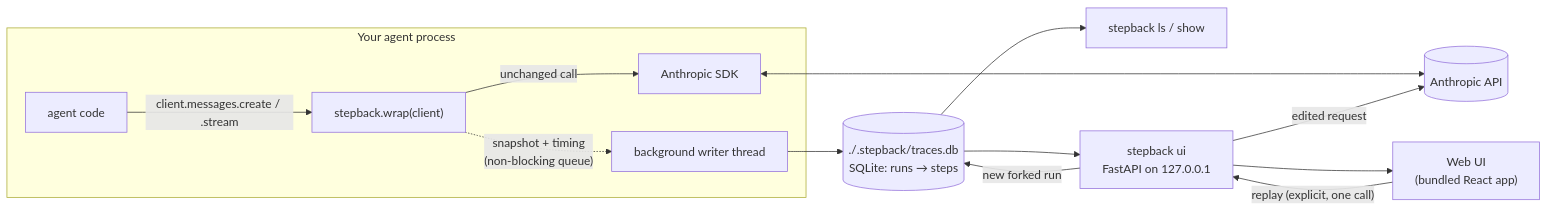
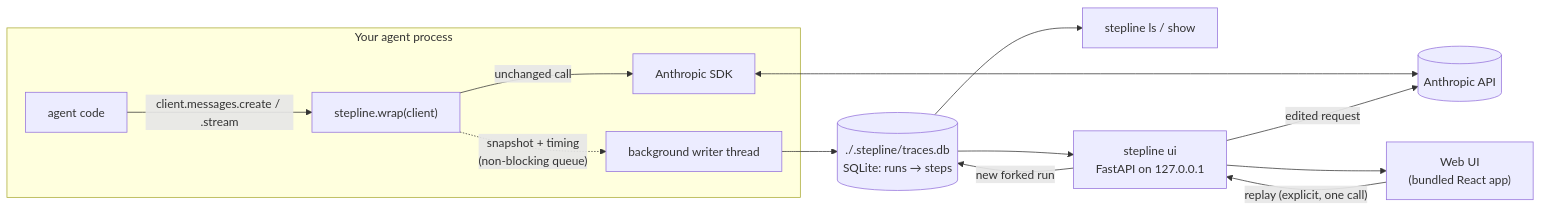
One commit to dapdap777/stepback changed the diagram in README.md. Above: the diagram before and after it, drawn with Mermaid. The commit also changed other lines of this file and 71 other files, not shown here.

````diff
--- a/README.md
+++ b/README.md
@@ -120,16 +154,16 @@
 ```mermaid
 flowchart LR
     subgraph app["Your agent process"]
-        code["agent code"] -->|"client.messages.create / .stream"| wrapped["stepback.wrap(client)"]
+        code["agent code"] -->|"client.messages.create / .stream"| wrapped["stepline.wrap(client)"]
         wrapped -->|unchanged call| sdk["Anthropic SDK"]
         wrapped -. "snapshot + timing<br/>(non-blocking queue)" .-> writer["background writer thread"]
     end
     sdk <--> anthropic[("Anthropic API")]
-    writer --> db[("./.stepback/traces.db<br/>SQLite: runs → steps")]
-    db --> cli["stepback ls / show"]
-    db --> server["stepback ui<br/>FastAPI on 127.0.0.1"]
+    writer --> db[("./.stepline/traces.db<br/>SQLite: runs → steps")]
+    db --> cli["stepline ls / show"]
+    db --> server["stepline ui<br/>FastAPI on 127.0.0.1"]
     server --> browser["Web UI<br/>(bundled React app)"]
     browser -- "replay (explicit, one call)" --> server
     server -- "edited request" --> anthropic
     server -- "new forked run" --> db
 ```
````
